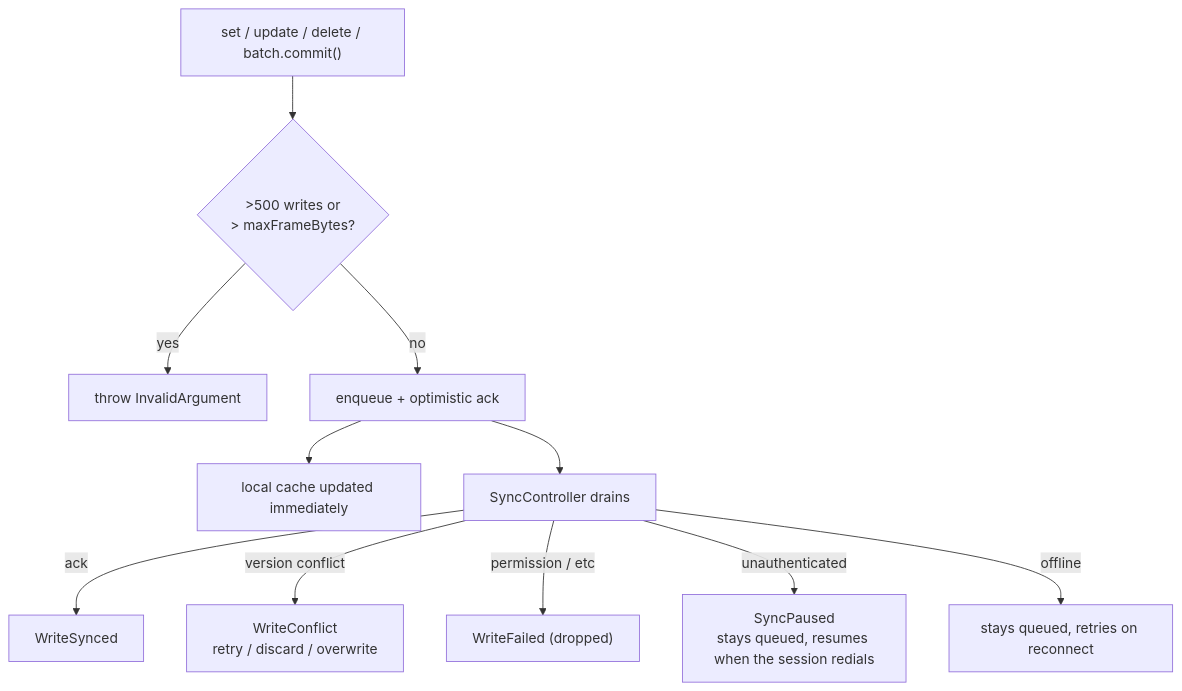
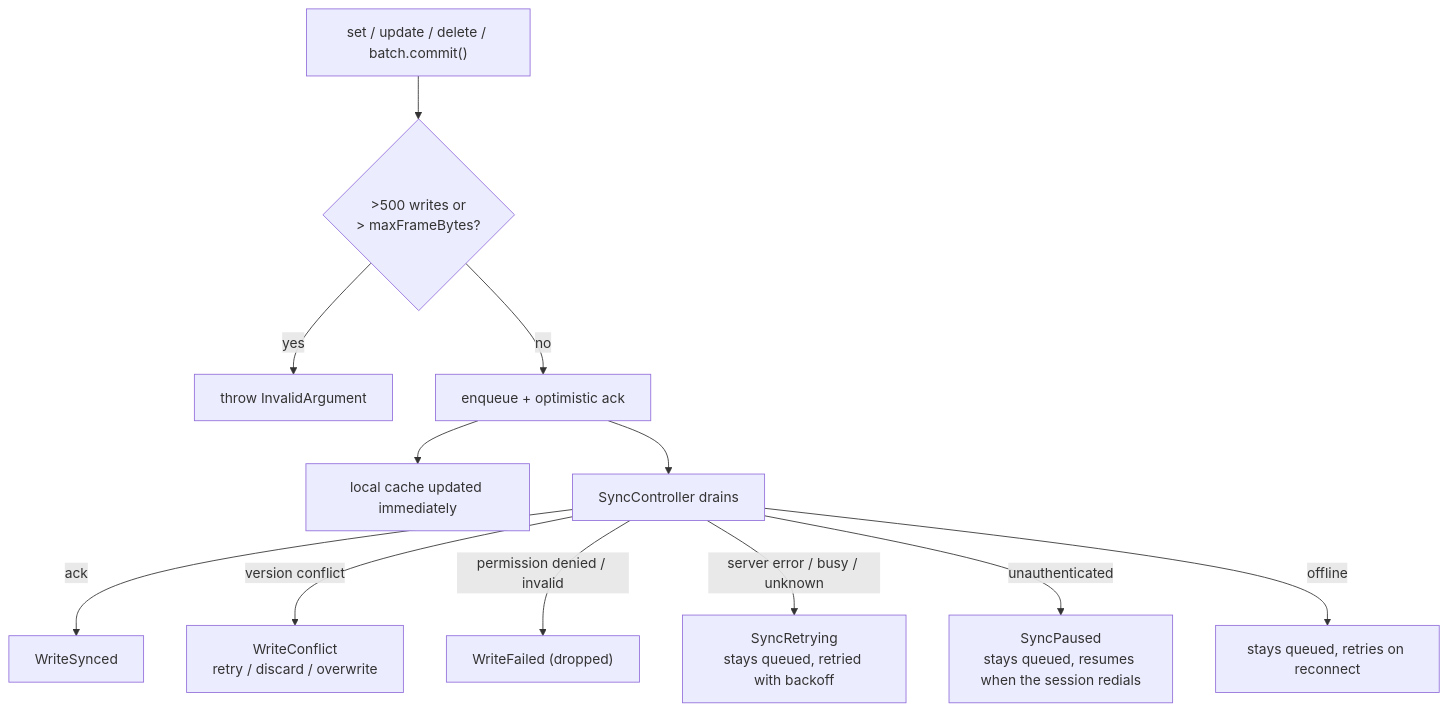
One commit to FlameOfUdun/winche-database-dart-sdk changed the fourth of 5 diagrams in README.md. Above: the diagram before and after it, drawn with Mermaid. The commit also changed other lines of this file and 6 other files, not shown here.

First line of the commit message:
fix: keep queued writes on server errors; retry with backoff (7.2.0)

````diff
--- a/README.md
+++ b/README.md
@@ -349,13 +349,14 @@
 ```mermaid
 flowchart TD
   W["set / update / delete / batch.commit()"] --> G{">500 writes or<br/>> maxFrameBytes?"}
   G -->|yes| R[throw InvalidArgument]
   G -->|no| Q["enqueue + optimistic ack"]
   Q --> LC["local cache updated immediately"]
   Q --> Dr[SyncController drains]
   Dr -->|ack| SY["WriteSynced"]
   Dr -->|version conflict| CO["WriteConflict<br/>retry / discard / overwrite"]
-  Dr -->|permission / etc| FA["WriteFailed (dropped)"]
+  Dr -->|permission denied / invalid| FA["WriteFailed (dropped)"]
+  Dr -->|server error / busy / unknown| RT["SyncRetrying<br/>stays queued, retried with backoff"]
   Dr -->|unauthenticated| PA["SyncPaused<br/>stays queued, resumes when the session redials"]
   Dr -->|offline| OF["stays queued, retries on reconnect"]
 ```
````
